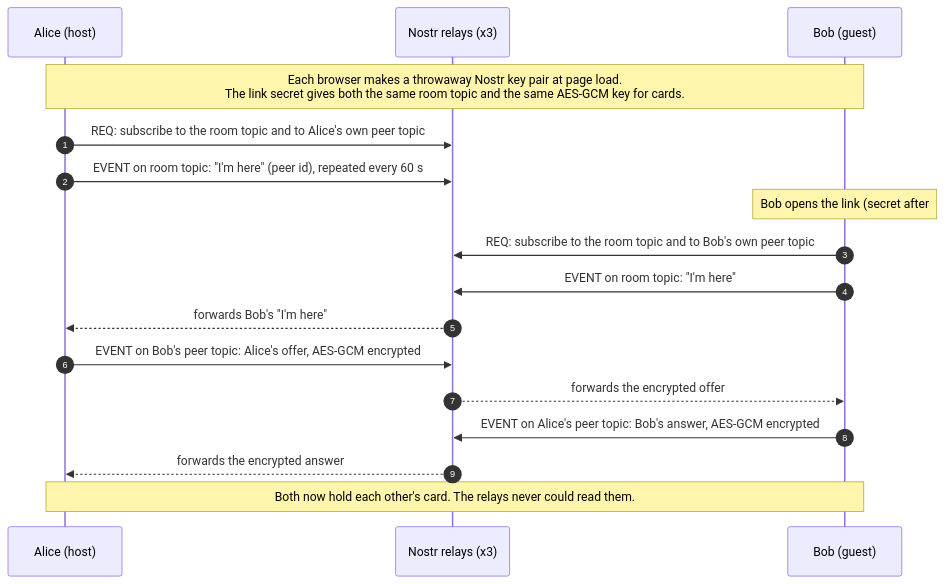
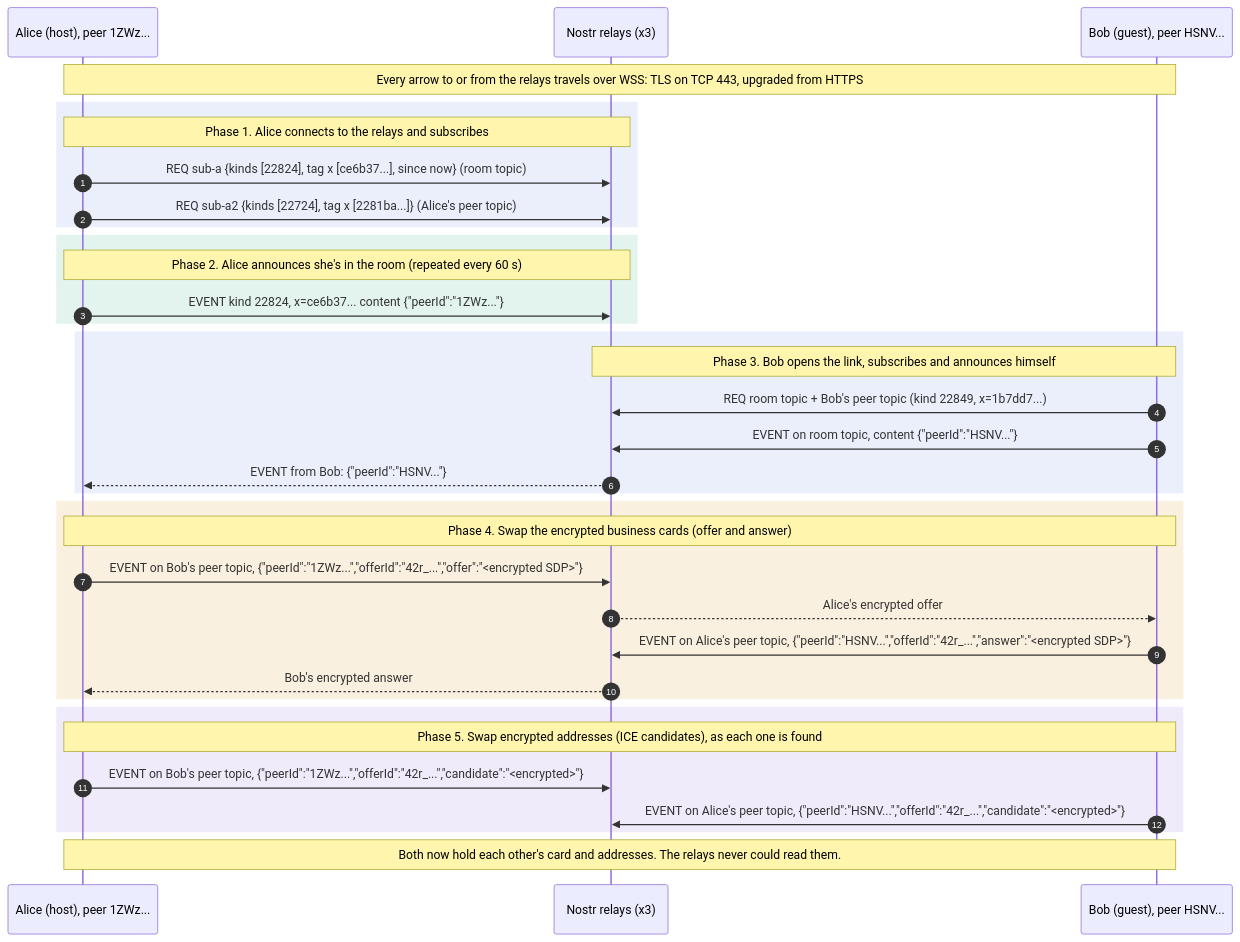
One commit to common-sec/secure-share changed the second of 6 diagrams in docs/COMMUNICATION.md. Above: the diagram before and after it, drawn with Mermaid. The commit also changed other lines of this file and 4 other files, not shown here.

````diff
--- a/docs/COMMUNICATION.md
+++ b/docs/COMMUNICATION.md
@@ -77,20 +157,43 @@
 ```mermaid
 sequenceDiagram
     autonumber
-    participant A as Alice (host)
+    participant A as Alice (host), peer 1ZWz...
     participant R as Nostr relays (x3)
-    participant B as Bob (guest)
+    participant B as Bob (guest), peer HSNV...
 
-    Note over A,B: Each browser makes a throwaway Nostr key pair at page load.<br/>The link secret gives both the same room topic and the same AES-GCM key for cards.
-    A->>R: REQ: subscribe to the room topic and to Alice's own peer topic
-    A->>R: EVENT on room topic: "I'm here" (peer id), repeated every 60 s
-    Note over B: Bob opens the link (secret after #, never sent to any server)
-    B->>R: REQ: subscribe to the room topic and to Bob's own peer topic
-    B->>R: EVENT on room topic: "I'm here"
-    R-->>A: forwards Bob's "I'm here"
-    A->>R: EVENT on Bob's peer topic: Alice's offer, AES-GCM encrypted
-    R-->>B: forwards the encrypted offer
-    B->>R: EVENT on Alice's peer topic: Bob's answer, AES-GCM encrypted
-    R-->>A: forwards the encrypted answer
-    Note over A,B: Both now hold each other's card. The relays never could read them.
+    Note over A,B: Every arrow to or from the relays travels over WSS: TLS on TCP 443, upgraded from HTTPS
+
+    rect rgba(80, 120, 220, 0.12)
+    Note over A,R: Phase 1. Alice connects to the relays and subscribes
+    A->>R: REQ sub-a {kinds [22824], tag x [ce6b37...], since now} (room topic)
+    A->>R: REQ sub-a2 {kinds [22724], tag x [2281ba...]} (Alice's peer topic)
+    end
+
+    rect rgba(30, 160, 120, 0.12)
+    Note over A,R: Phase 2. Alice announces she's in the room (repeated every 60 s)
+    A->>R: EVENT kind 22824, x=ce6b37... content {"peerId":"1ZWz..."}
+    end
+
+    rect rgba(80, 120, 220, 0.12)
+    Note over R,B: Phase 3. Bob opens the link, subscribes and announces himself
+    B->>R: REQ room topic + Bob's peer topic (kind 22849, x=1b7dd7...)
+    B->>R: EVENT on room topic, content {"peerId":"HSNV..."}
+    R-->>A: EVENT from Bob: {"peerId":"HSNV..."}
+    end
+
+    rect rgba(220, 150, 30, 0.14)
+    Note over A,B: Phase 4. Swap the encrypted business cards (offer and answer)
+    A->>R: EVENT on Bob's peer topic, {"peerId":"1ZWz...","offerId":"42r_...","offer":"<encrypted SDP>"}
+    R-->>B: Alice's encrypted offer
+    B->>R: EVENT on Alice's peer topic, {"peerId":"HSNV...","offerId":"42r_...","answer":"<encrypted SDP>"}
+    R-->>A: Bob's encrypted answer
+    end
+
+    rect rgba(130, 90, 210, 0.12)
+    Note over A,B: Phase 5. Swap encrypted addresses (ICE candidates), as each one is found
+    A->>R: EVENT on Bob's peer topic, {"peerId":"1ZWz...","offerId":"42r_...","candidate":"<encrypted>"}
+    B->>R: EVENT on Alice's peer topic, {"peerId":"HSNV...","offerId":"42r_...","candidate":"<encrypted>"}
+    end
+
+    Note over A,B: Both now hold each other's card and addresses. The relays never could read them.
 ```
````
